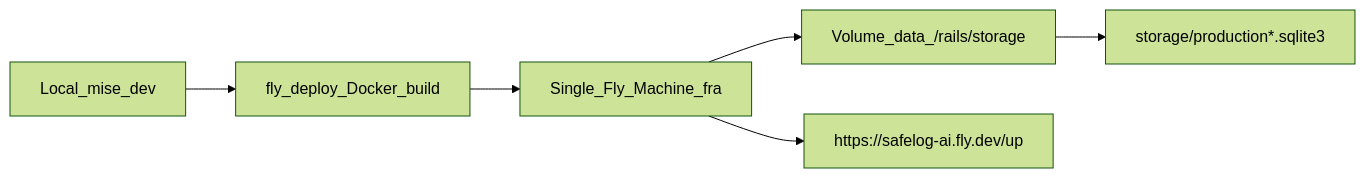
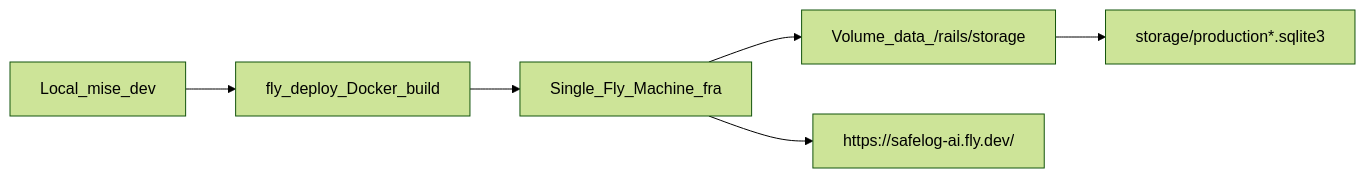
One commit to szymoniwacz/safelog-ai changed the first of 2 diagrams in context/deployment/deploy-plan.md. Above: the diagram before and after it, drawn with Mermaid (forest theme). The commit also changed other lines of this file and 35 other files, not shown here.

First line of the commit message:
Archive MVP changes and refresh roadmap/deploy docs

````diff
--- a/context/deployment/deploy-plan.md
+++ b/context/deployment/deploy-plan.md
@@ -14,8 +15,8 @@
 ```mermaid
 flowchart LR
   dev[Local_mise_dev] --> build[fly_deploy_Docker_build]
   build --> machine[Single_Fly_Machine_fra]
   machine --> volume["Volume_data_/rails/storage"]
   volume --> sqlite["storage/production*.sqlite3"]
-  machine --> publicURL["https://safelog-ai.fly.dev/up"]
+  machine --> publicURL["https://safelog-ai.fly.dev/"]
 ```
````
